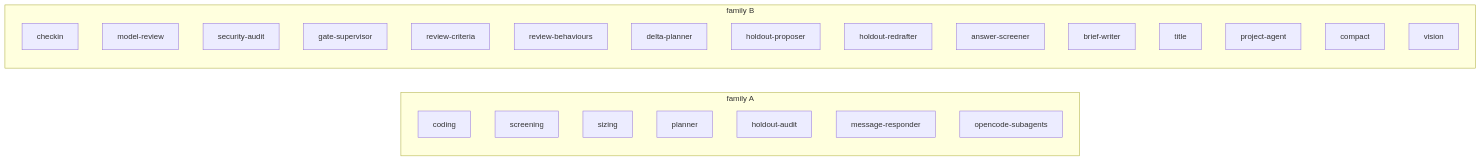
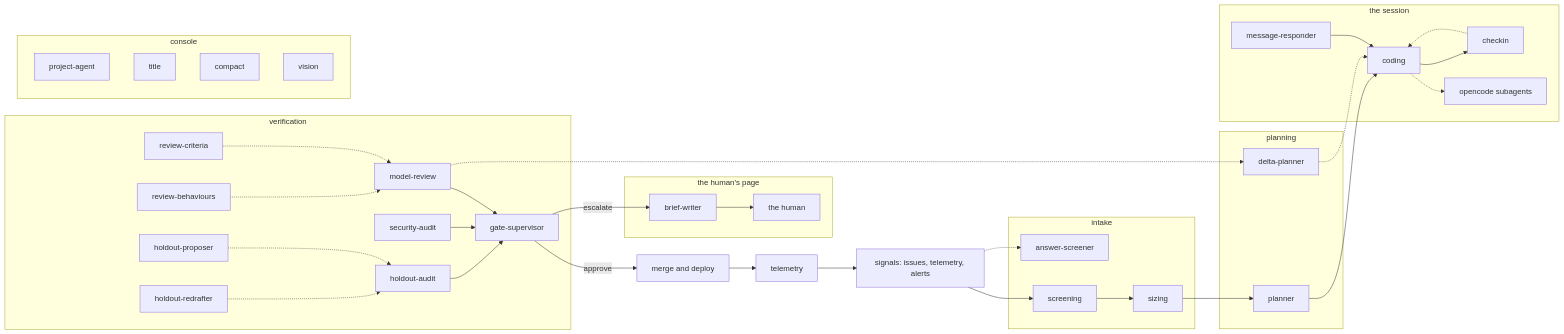
The diagram in docs/agents/index.md (sebastianrueckerai/ai-software-factory), drawn with Mermaid before and after one commit. The commit also changed other lines of this file and 29 other files, not shown here.

````diff
--- a/docs/agents/index.md
+++ b/docs/agents/index.md
@@ -131,29 +156,60 @@
 ```mermaid
 graph LR
-  subgraph A["family A"]
-    coding["coding"]
+  signals["signals: issues, telemetry, alerts"]
+  subgraph intake["intake"]
     screening["screening"]
     sizing["sizing"]
+    answer-screener["answer-screener"]
+  end
+  subgraph planning["planning"]
     planner["planner"]
-    holdout_audit["holdout-audit"]
-    message_responder["message-responder"]
-    opencode_subagents["opencode-subagents"]
+    delta-planner["delta-planner"]
   end
-  subgraph B["family B"]
+  subgraph the-session["the session"]
+    coding["coding"]
+    message-responder["message-responder"]
     checkin["checkin"]
-    model_review["model-review"]
-    security_audit["security-audit"]
-    gate_supervisor["gate-supervisor"]
-    review_criteria["review-criteria"]
-    review_behaviours["review-behaviours"]
-    delta_planner["delta-planner"]
-    holdout_proposer["holdout-proposer"]
-    holdout_redrafter["holdout-redrafter"]
-    answer_screener["answer-screener"]
-    brief_writer["brief-writer"]
+    opencode-subagents["opencode subagents"]
+  end
+  subgraph verification["verification"]
+    review-criteria["review-criteria"]
+    review-behaviours["review-behaviours"]
+    model-review["model-review"]
+    security-audit["security-audit"]
+    holdout-proposer["holdout-proposer"]
+    holdout-redrafter["holdout-redrafter"]
+    holdout-audit["holdout-audit"]
+    gate-supervisor["gate-supervisor"]
+  end
+  subgraph the-human["the human's page"]
+    brief-writer["brief-writer"]
+    human["the human"]
+  end
+  subgraph console["console"]
+    project-agent["project-agent"]
     title["title"]
-    project_agent["project-agent"]
     compact["compact"]
     vision["vision"]
   end
+  deploy["merge and deploy"]
+  telemetry["telemetry"]
+
+  signals --> screening --> sizing --> planner --> coding
+  signals -.-> answer-screener
+  coding -.-> opencode-subagents
+  message-responder --> coding
+  coding --> checkin
+  checkin -.-> coding
+  model-review --> gate-supervisor
+  security-audit --> gate-supervisor
+  holdout-audit --> gate-supervisor
+  review-criteria -.-> model-review
+  review-behaviours -.-> model-review
+  holdout-proposer -.-> holdout-audit
+  holdout-redrafter -.-> holdout-audit
+  model-review -.-> delta-planner
+  delta-planner -.-> coding
+  gate-supervisor -->|approve| deploy
+  gate-supervisor -->|escalate| brief-writer --> human
+  deploy --> telemetry --> signals
 ```
````
